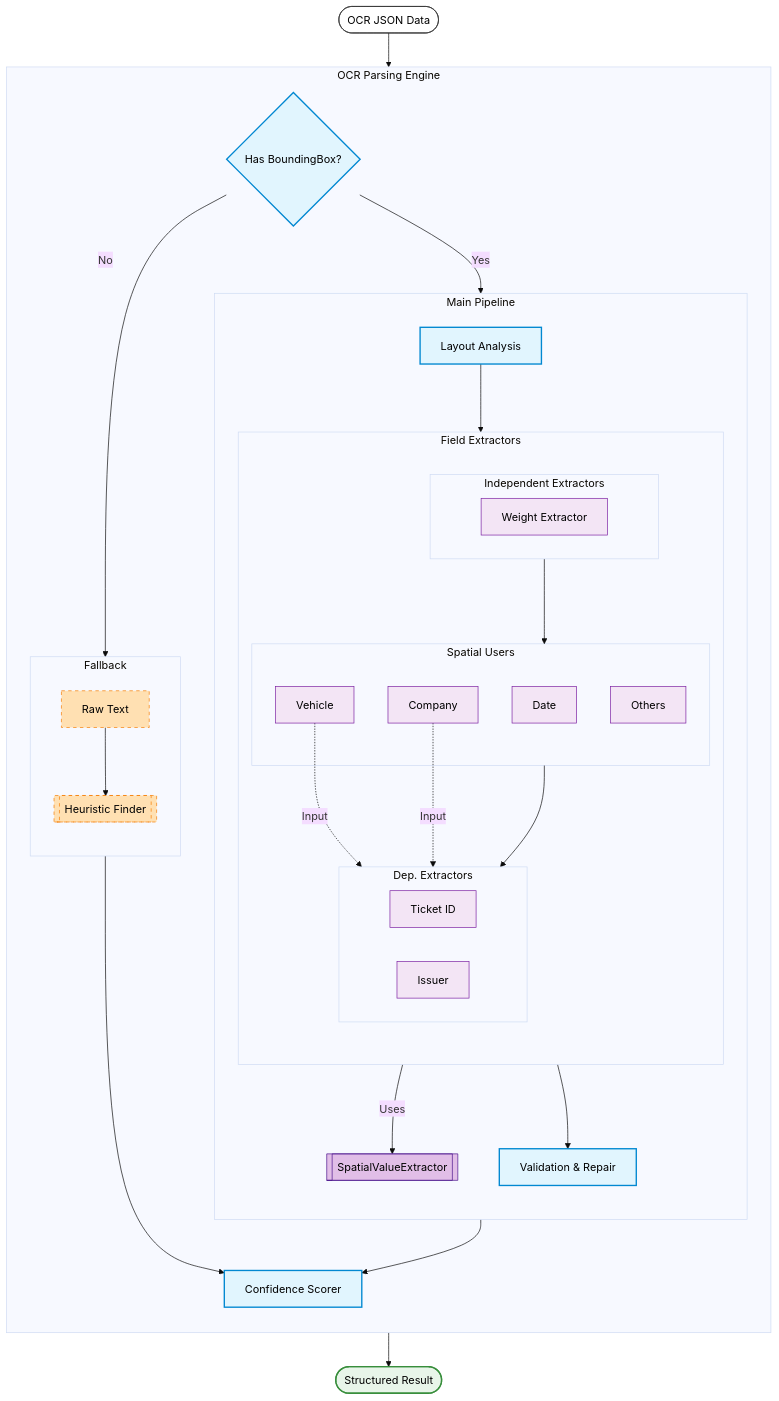
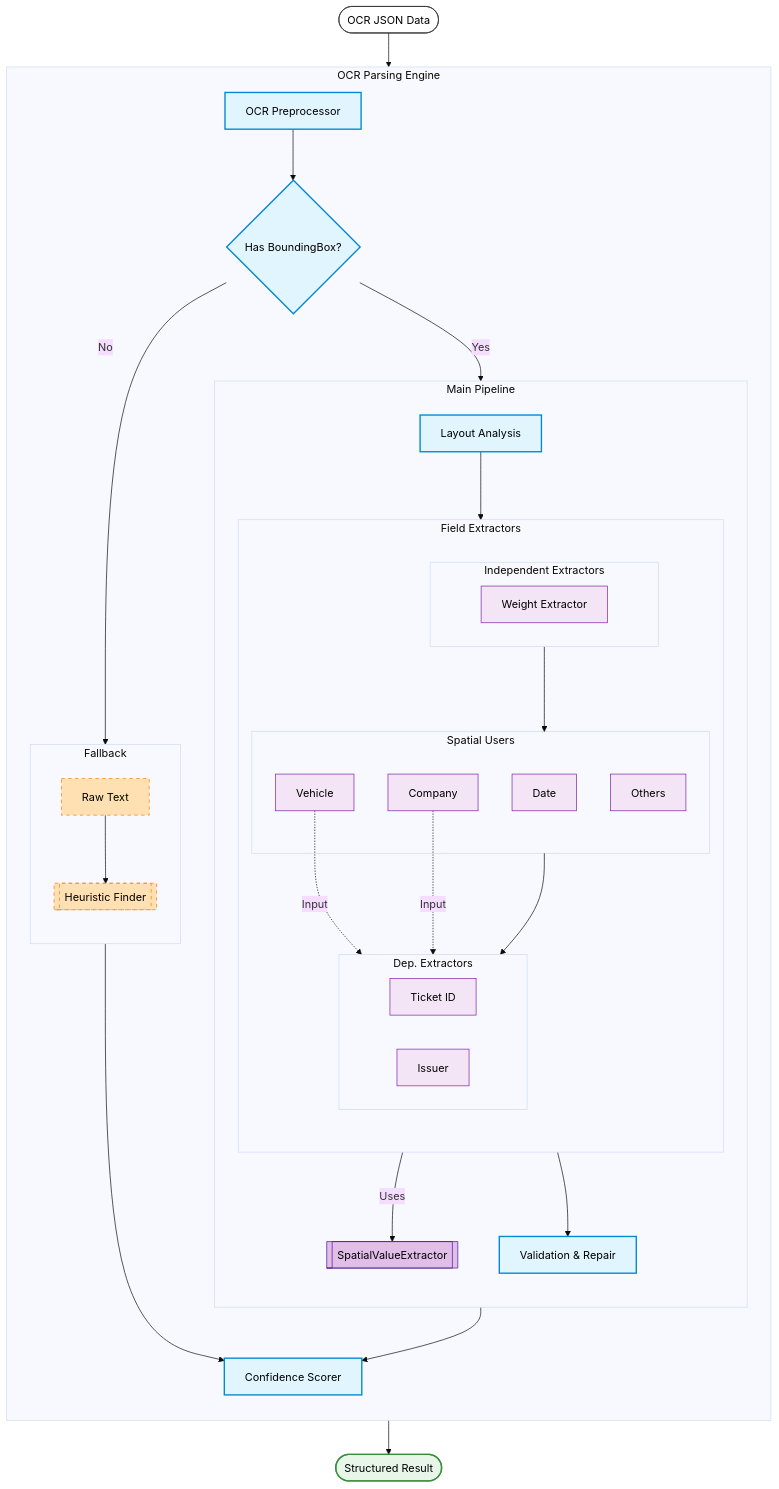
One commit to dmseong/ocr_parsing changed the diagram in README.md. Above: the diagram before and after it, drawn with Mermaid (base theme). The commit also changed other lines of this file and 17 other files, not shown here.

```diff
--- a/README.md
+++ b/README.md
@@ -126,6 +133,10 @@
     
     subgraph UnifiedParser [OCR Parsing Engine]
         direction TB
+        
+        %% === Preprocessing Layer ===
+        Preprocessor[OCR Preprocessor]:::mainFlow
+        
         CheckBBox{"Has BoundingBox?"}:::mainFlow
         
         %% === Main Flow (Smart Extraction) ===
@@ -173,7 +184,8 @@
     end
 
     %% 연결 관계
-    Start --> CheckBBox
+    Start --> Preprocessor
+    Preprocessor --> CheckBBox
     
     CheckBBox -- Yes --> Layout
     Layout --> Independent
```
